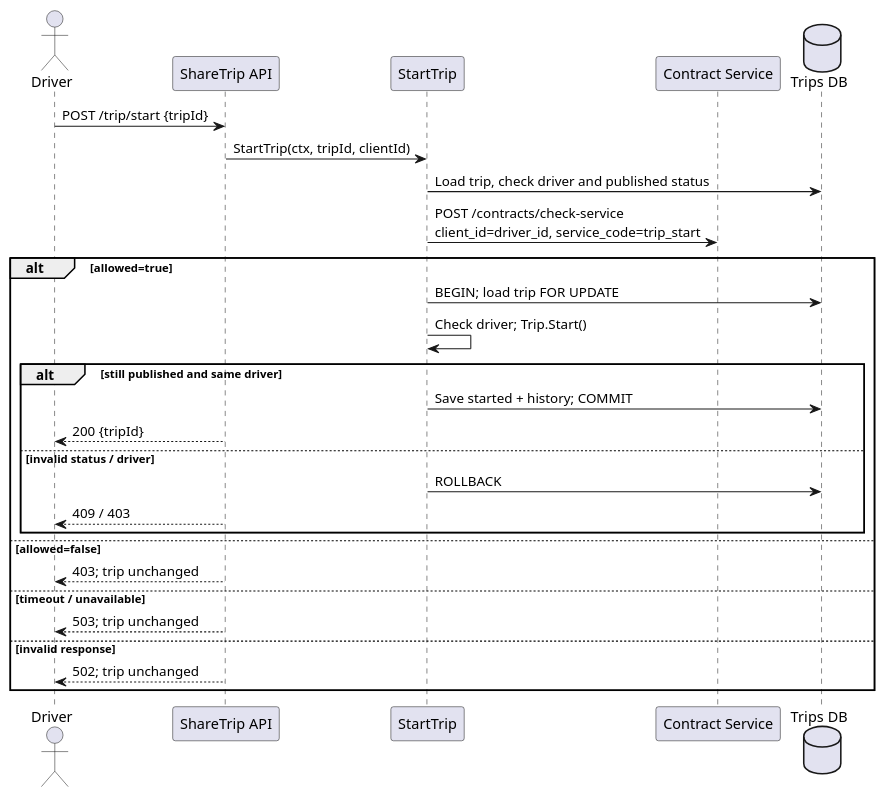
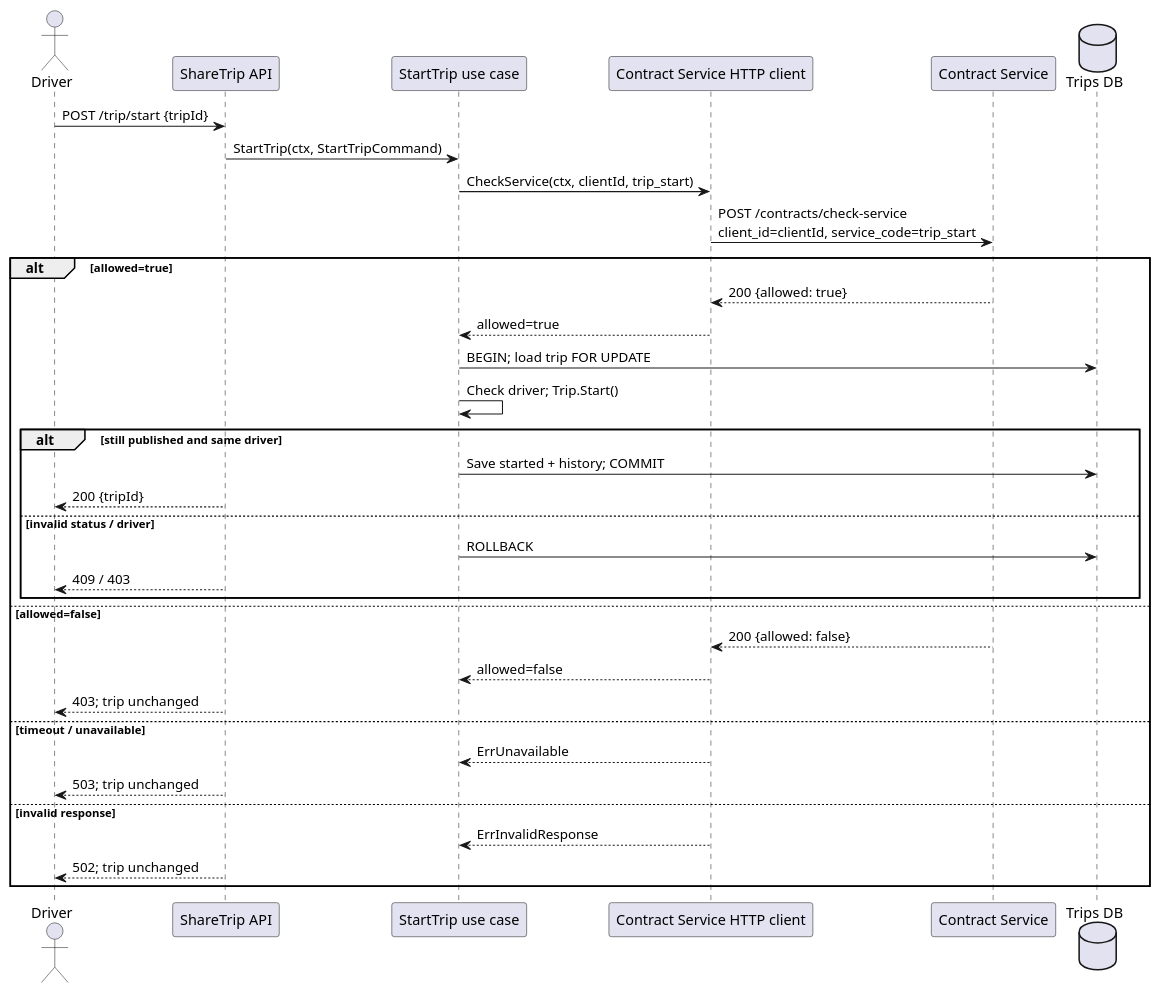
The diagram in docs/start_trip.puml (anton415/share_trip), drawn with PlantUML before and after one commit. The commit also changed 5 other files, not shown here.

```diff
--- a/docs/start_trip.puml
+++ b/docs/start_trip.puml
@@ -1,28 +1,35 @@
 @startuml
 actor Driver
 participant "ShareTrip API" as API
-participant StartTrip
+participant "StartTrip use case" as StartTrip
+participant "Contract Service HTTP client" as ContractClient
 participant "Contract Service" as Contract
 database "Trips DB" as DB
 Driver -> API: POST /trip/start {tripId}
-API -> StartTrip: StartTrip(ctx, tripId, clientId)
-StartTrip -> DB: Load trip, check driver and published status
-StartTrip -> Contract: POST /contracts/check-service\nclient_id=driver_id, service_code=trip_start
+API -> StartTrip: StartTrip(ctx, StartTripCommand)
+StartTrip -> ContractClient: CheckService(ctx, clientId, trip_start)
+ContractClient -> Contract: POST /contracts/check-service\nclient_id=clientId, service_code=trip_start
 alt allowed=true
+  Contract --> ContractClient: 200 {allowed: true}
+  ContractClient --> StartTrip: allowed=true
   StartTrip -> DB: BEGIN; load trip FOR UPDATE
   StartTrip -> StartTrip: Check driver; Trip.Start()
   alt still published and same driver
     StartTrip -> DB: Save started + history; COMMIT
     API --> Driver: 200 {tripId}
   else invalid status / driver
     StartTrip -> DB: ROLLBACK
     API --> Driver: 409 / 403
   end
 else allowed=false
+  Contract --> ContractClient: 200 {allowed: false}
+  ContractClient --> StartTrip: allowed=false
   API --> Driver: 403; trip unchanged
 else timeout / unavailable
+  ContractClient --> StartTrip: ErrUnavailable
   API --> Driver: 503; trip unchanged
 else invalid response
+  ContractClient --> StartTrip: ErrInvalidResponse
   API --> Driver: 502; trip unchanged
 end
 @enduml
```
